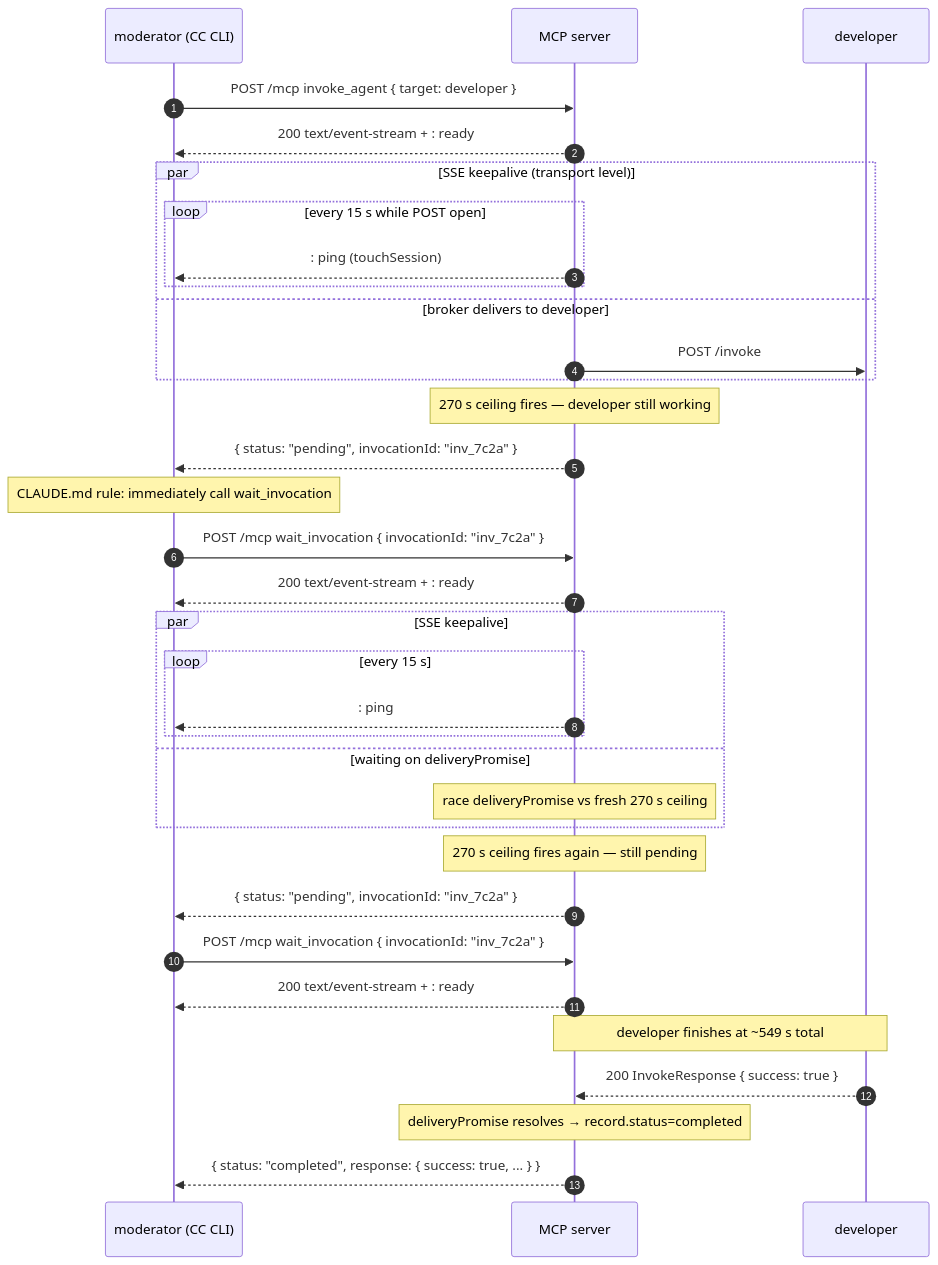
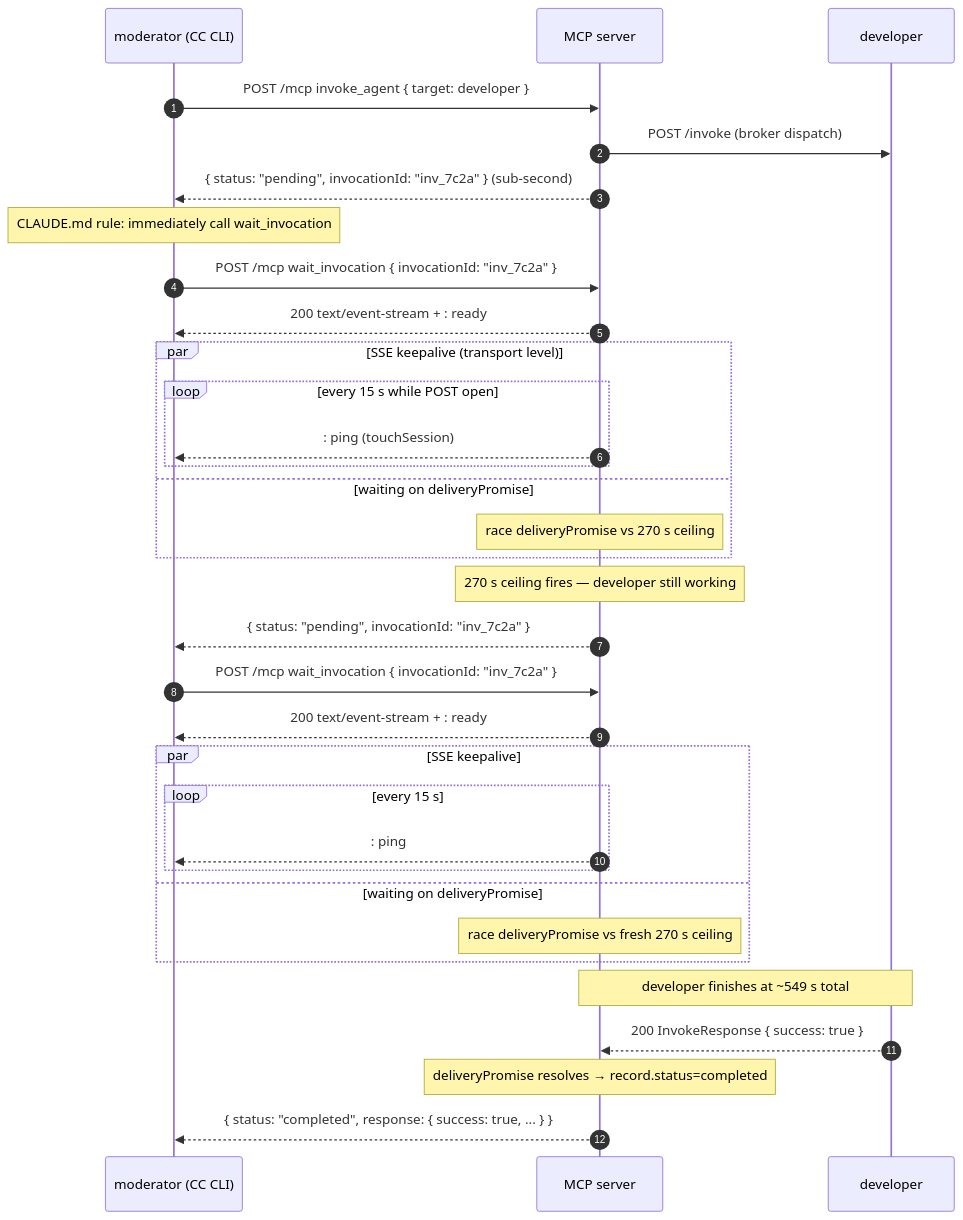
One commit to ia64mail/quorum changed diagram 17 of 17 in docs/mcp-connectivity.md. Above: the diagram before and after it, drawn with Mermaid. The commit also changed other lines of this file and 7 other files, not shown here.

````diff
--- a/docs/mcp-connectivity.md
+++ b/docs/mcp-connectivity.md
@@ -621,36 +619,35 @@
 ```mermaid
 sequenceDiagram
     autonumber
     participant Mod as moderator (CC CLI)
     participant Server as MCP server
     participant Dev as developer
     Mod->>Server: POST /mcp invoke_agent { target: developer }
+    Server->>Dev: POST /invoke (broker dispatch)
+    Server-->>Mod: { status: "pending", invocationId: "inv_7c2a" } (sub-second)
+    Note over Mod: CLAUDE.md rule: immediately call wait_invocation
+    Mod->>Server: POST /mcp wait_invocation { invocationId: "inv_7c2a" }
     Server-->>Mod: 200 text/event-stream + : ready
     par SSE keepalive (transport level)
         loop every 15 s while POST open
             Server-->>Mod: : ping (touchSession)
         end
-    and broker delivers to developer
-        Server->>Dev: POST /invoke
+    and waiting on deliveryPromise
+        Note over Server: race deliveryPromise vs 270 s ceiling
     end
     Note over Server: 270 s ceiling fires — developer still working
     Server-->>Mod: { status: "pending", invocationId: "inv_7c2a" }
-    Note over Mod: CLAUDE.md rule: immediately call wait_invocation
     Mod->>Server: POST /mcp wait_invocation { invocationId: "inv_7c2a" }
     Server-->>Mod: 200 text/event-stream + : ready
     par SSE keepalive
         loop every 15 s
             Server-->>Mod: : ping
         end
     and waiting on deliveryPromise
         Note over Server: race deliveryPromise vs fresh 270 s ceiling
     end
-    Note over Server: 270 s ceiling fires again — still pending
-    Server-->>Mod: { status: "pending", invocationId: "inv_7c2a" }
-    Mod->>Server: POST /mcp wait_invocation { invocationId: "inv_7c2a" }
-    Server-->>Mod: 200 text/event-stream + : ready
     Note over Dev,Server: developer finishes at ~549 s total
     Dev-->>Server: 200 InvokeResponse { success: true }
     Note over Server: deliveryPromise resolves → record.status=completed
     Server-->>Mod: { status: "completed", response: { success: true, ... } }
 ```
````
